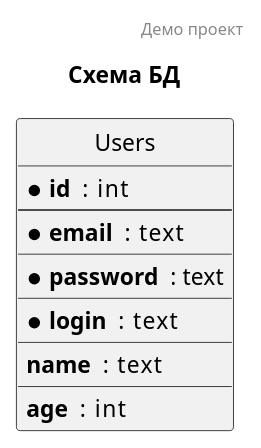
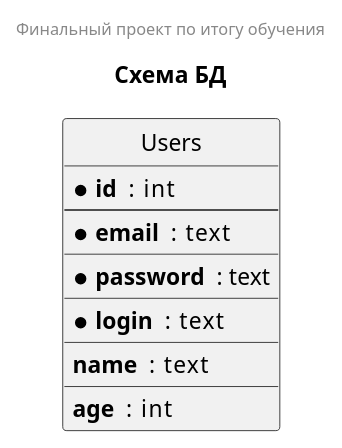
Before and after one commit to Korollayre/bootcamp_final_project: the diagram in library_project/user_microservice/docs/db_scheme.puml, drawn with PlantUML. The commit also changed 1 other file, not shown here.

```diff
--- a/library_project/user_microservice/docs/db_scheme.puml
+++ b/library_project/user_microservice/docs/db_scheme.puml
@@ -1,25 +1,25 @@
 @startuml
 
-header Демо проект
+header Финальный проект по итогу обучения
 title Схема БД
 
 hide circle
 skinparam linetype ortho
 
 
 entity Users {
     * **id**  :  int
     --
     * **email**  :  text
     __
     * **password**  : text
     __
     * **login**  :  text
     __
     **name**  :  text
     __
     **age**  :  int
 }
 
 
 @enduml
```
